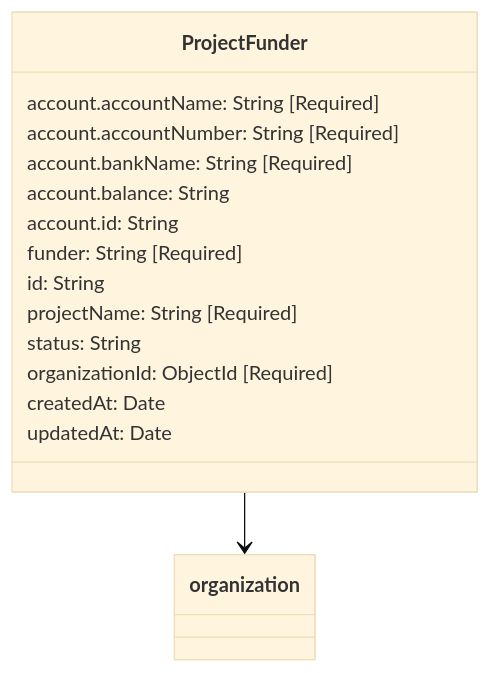
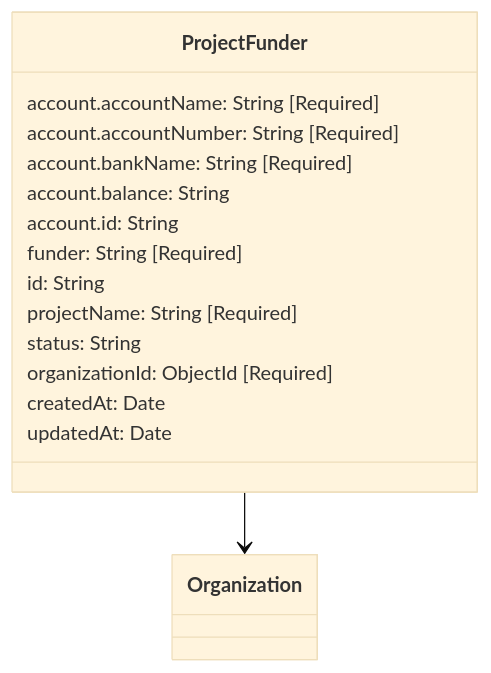
The diagram in schema-visualizations/ProjectFunder.mmd (Budeshi-Products/workflowPadi-Schemas), drawn with Mermaid (base theme) before and after one commit. The commit also changed 75 other files, not shown here.

```diff
--- a/schema-visualizations/ProjectFunder.mmd
+++ b/schema-visualizations/ProjectFunder.mmd
@@ -1,17 +1,17 @@
 classDiagram
   class ProjectFunder {
     account.accountName: String [Required]
     account.accountNumber: String [Required]
     account.bankName: String [Required]
     account.balance: String
     account.id: String
     funder: String [Required]
     id: String
     projectName: String [Required]
     status: String
     organizationId: ObjectId [Required]
     createdAt: Date
     updatedAt: Date
   }
 
-  ProjectFunder --> organization
+  ProjectFunder --> Organization
```
